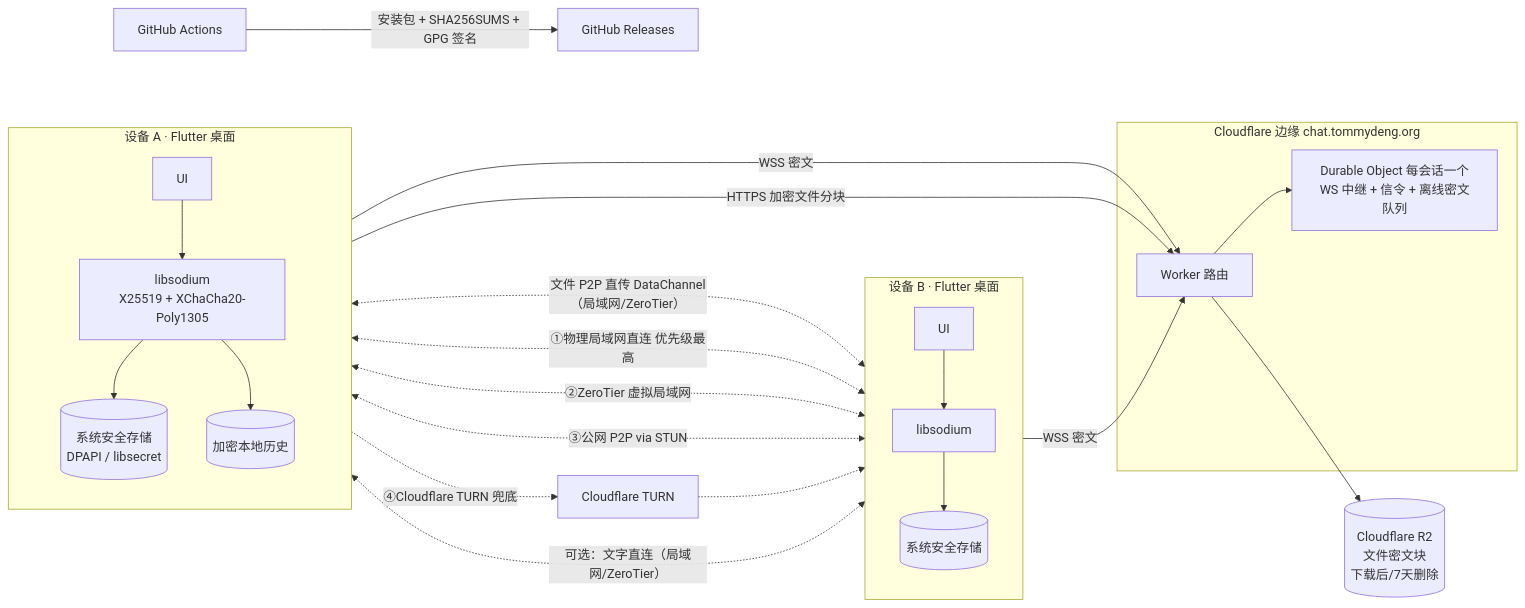
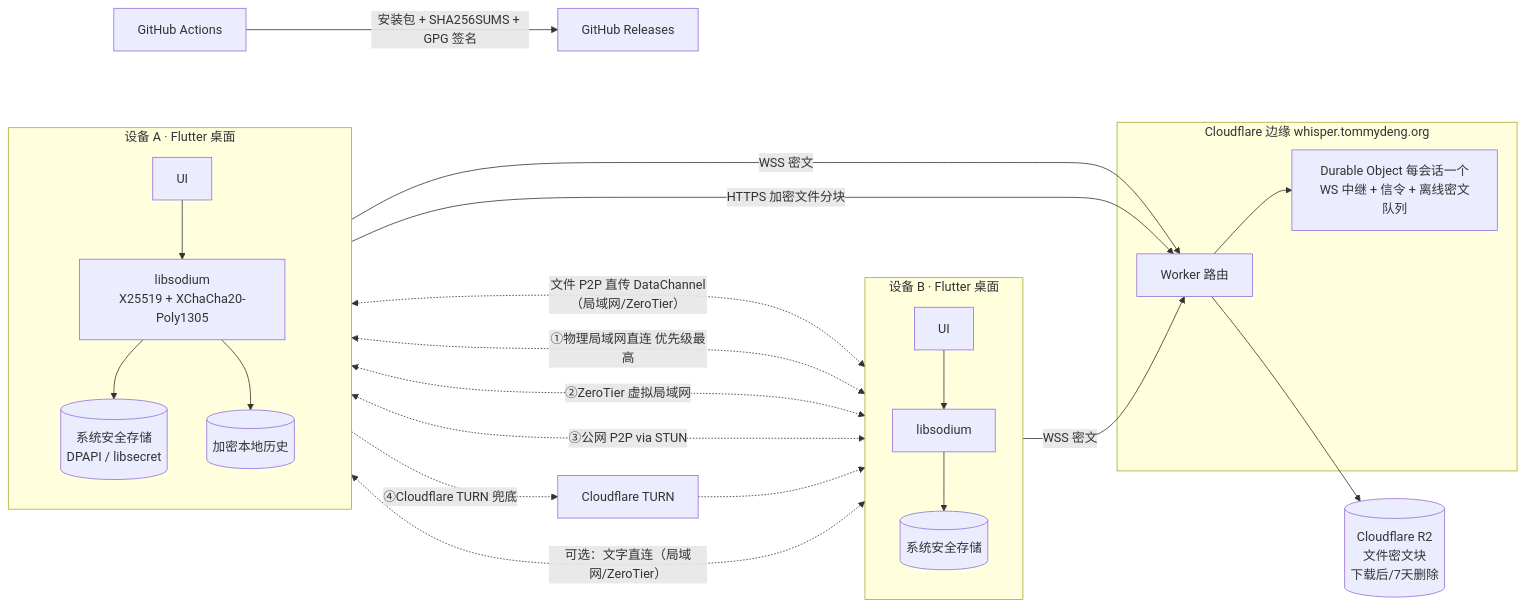
Before and after one commit to TommyDeng/Whisper: the diagram in docs/architecture.md, drawn with Mermaid. The commit also changed other lines of this file and 14 other files, not shown here.

````diff
--- a/docs/architecture.md
+++ b/docs/architecture.md
@@ -14,27 +14,27 @@
 ```mermaid
 flowchart LR
   subgraph A[设备 A · Flutter 桌面]
     UA[UI] --> CA[libsodium<br/>X25519 + XChaCha20-Poly1305]
     CA --> SA[(系统安全存储<br/>DPAPI / libsecret)]
     CA --> DA[(加密本地历史)]
   end
   subgraph B[设备 B · Flutter 桌面]
     UB[UI] --> CB[libsodium]
     CB --> SB[(系统安全存储)]
   end
-  subgraph CF[Cloudflare 边缘 chat.tommydeng.org]
+  subgraph CF[Cloudflare 边缘 whisper.tommydeng.org]
     W[Worker 路由]
     DO[Durable Object 每会话一个<br/>WS 中继 + 信令 + 离线密文队列]
   end
   A -- WSS 密文 --> W --> DO
   A -- HTTPS 加密文件分块 --> W --> R2[(Cloudflare R2<br/>文件密文块<br/>下载后/7天删除)]
   A <-. 文件 P2P 直传 DataChannel（局域网/ZeroTier） .-> B
   B -- WSS 密文 --> W
   A <-. ①物理局域网直连 优先级最高 .-> B
   A <-. ②ZeroTier 虚拟局域网 .-> B
   A <-. ③公网 P2P via STUN .-> B
   A -. ④Cloudflare TURN 兜底 .-> T[Cloudflare TURN]
   T -.-> B
   A <-. 可选：文字直连（局域网/ZeroTier） .-> B
   GH[GitHub Actions] -- 安装包 + SHA256SUMS + GPG 签名 --> R[GitHub Releases]
 ```
````
